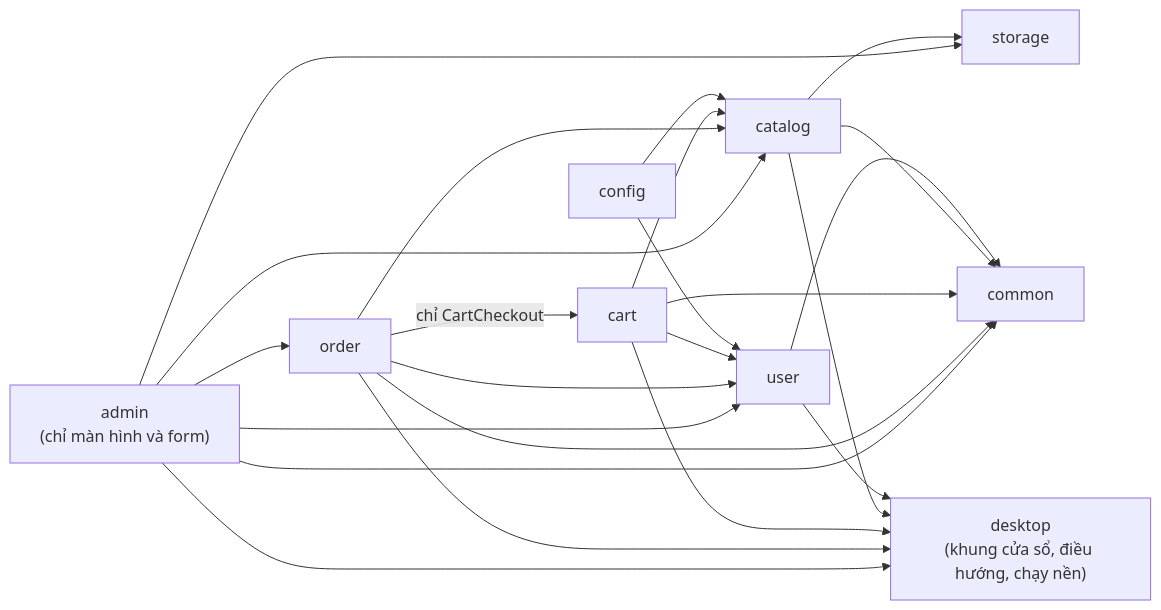
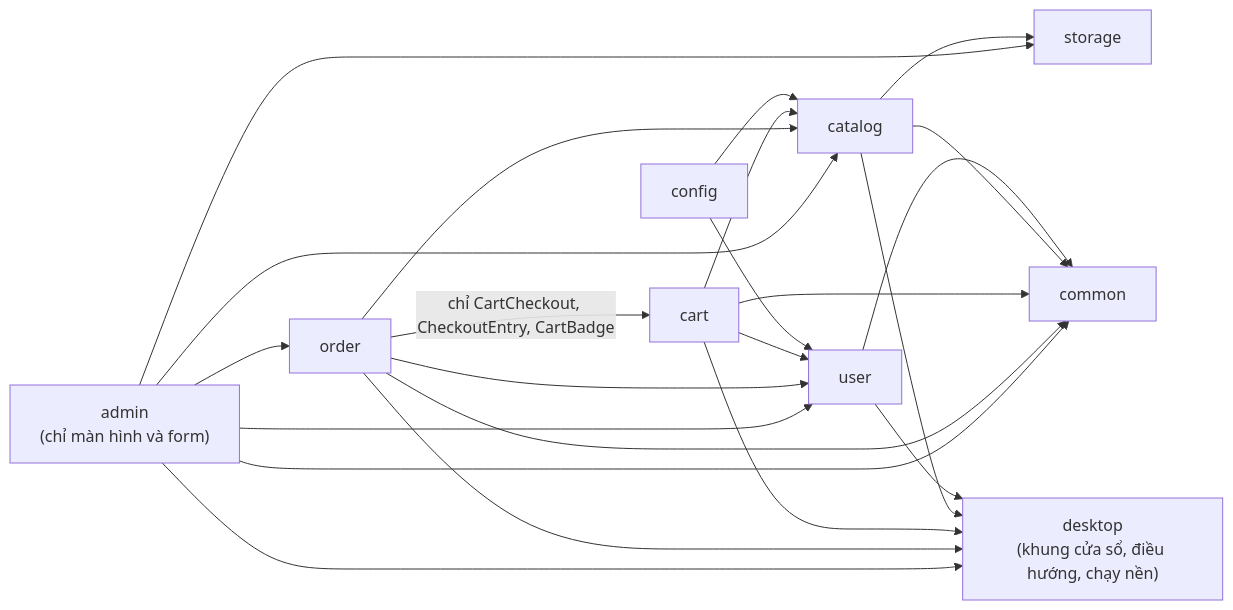
One commit to Luffyreals/mini-shop changed the first of 2 diagrams in docs/architecture.md. Above: the diagram before and after it, drawn with Mermaid. The commit also changed other lines of this file and 53 other files, not shown here.

First line of the commit message:
feat(order): add the desktop cart drawer, checkout and orders (D4) (#25)

````diff
--- a/docs/architecture.md
+++ b/docs/architecture.md
@@ -41,17 +44,17 @@
 ```mermaid
 flowchart LR
     admin["admin<br/>(chỉ màn hình và form)"] --> catalog
     admin --> order
     admin --> storage
     admin --> user
-    order -->|"chỉ CartCheckout"| cart
+    order -->|"chỉ CartCheckout, CheckoutEntry, CartBadge"| cart
     order --> catalog
     order --> user
     cart --> catalog
     cart --> user
     catalog --> storage
     config --> catalog
     config --> user
     admin & order & cart & catalog & user --> common
     admin & order & cart & catalog & user --> desktop["desktop<br/>(khung cửa sổ, điều hướng, chạy nền)"]
 ```
````
